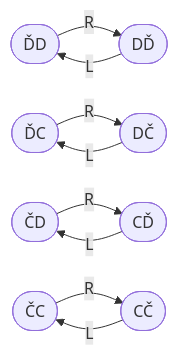
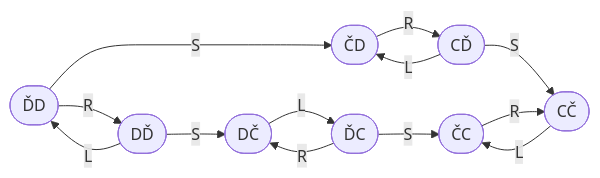
The first of 2 diagrams in p/problems.md (conmaol/maglocunus), drawn with Mermaid before and after one commit. The commit also changed other lines of this file, not shown here.

````diff
--- a/p/problems.md
+++ b/p/problems.md
@@ -6,19 +22,23 @@
 ```mermaid
 graph LR
   state1(["ĎD"])
   state2(["DĎ"])
   state3(["ĎC"])
   state4(["DČ"])
   state5(["ČD"])
   state6(["CĎ"])
   state7(["ČC"])
   state8(["CČ"])
   state1 -- R --> state2
+  state1 -- S --> state5 
   state2 -- L --> state1
+  state2 -- S --> state4
   state3 -- R --> state4
+  state3 -- S --> state7
   state4 -- L --> state3
   state5 -- R --> state6
   state6 -- L --> state5
+  state6 -- S --> state8
   state7 -- R --> state8
   state8 -- L --> state7
 ```
````
